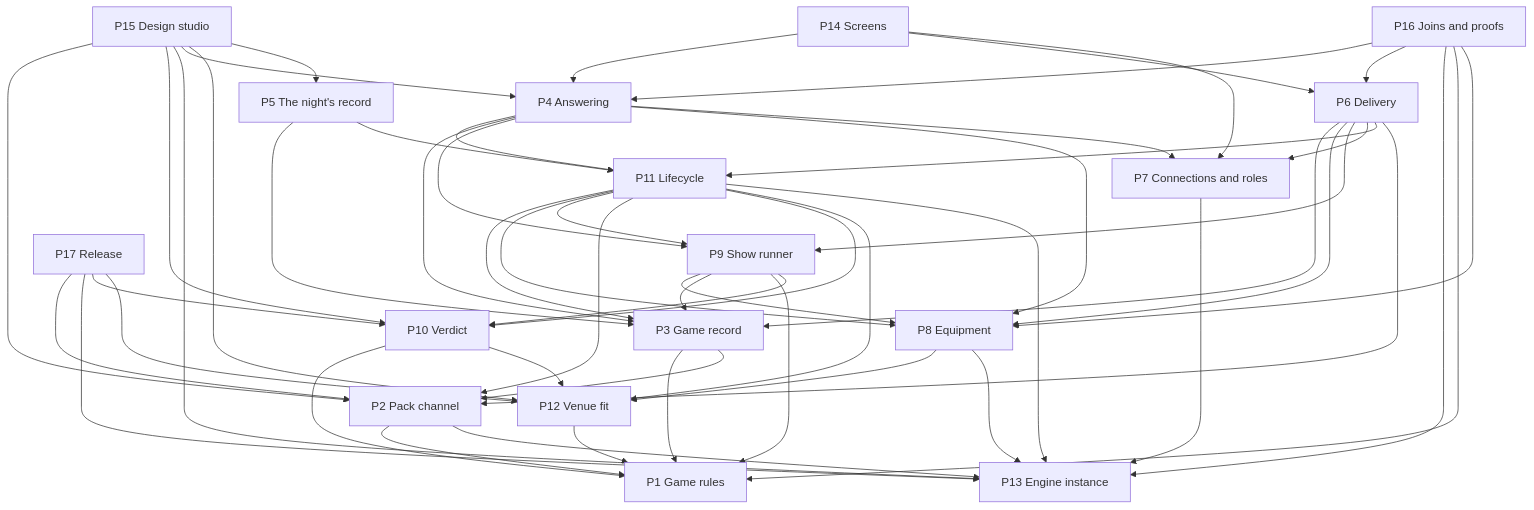
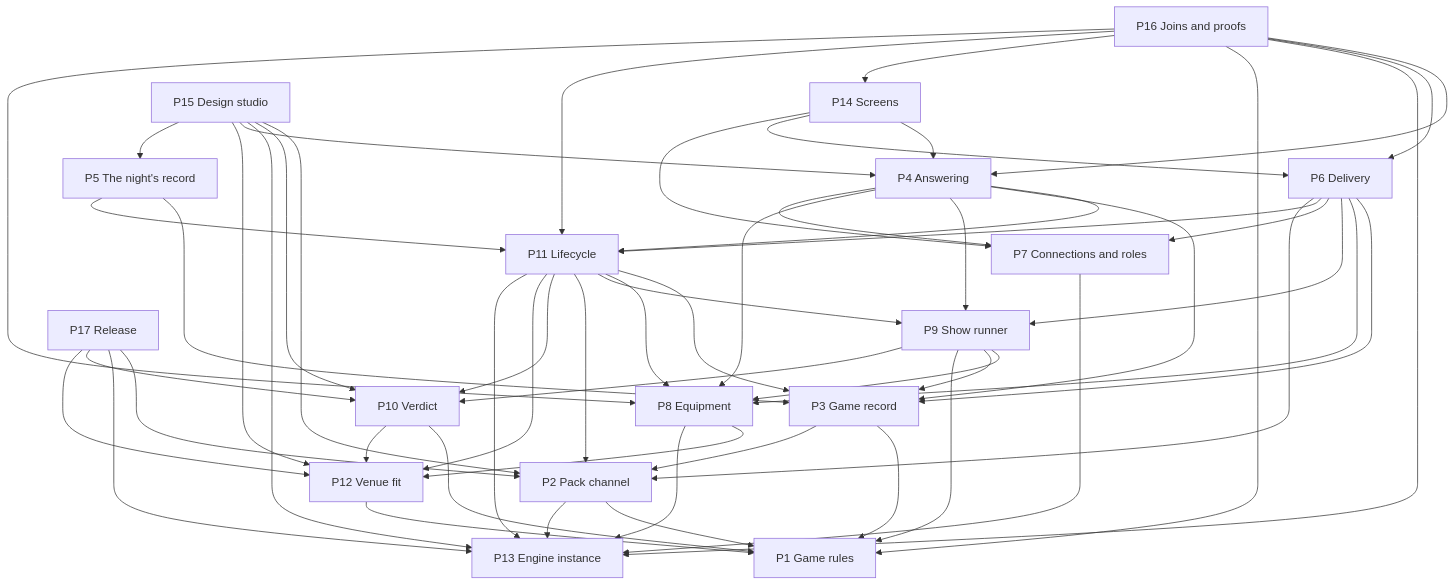
Before and after one commit to maxepunk/ALN-Ecosystem: the second of 3 diagrams in docs/plans/architecture-pass/2026-11-01-engine-shape.md, drawn with Mermaid. The commit also changed other lines of this file and 6 other files, not shown here.

First line of the commit message:
docs(architecture-pass): apply the page check of the jobs and cards (30 rows); the at-a-glance diagram uses the job titles and fits the page [skip ci]

````diff
--- a/docs/plans/architecture-pass/2026-11-01-engine-shape.md
+++ b/docs/plans/architecture-pass/2026-11-01-engine-shape.md
@@ -219,72 +219,74 @@
 ```mermaid
 flowchart TD
   P1["P1 Game rules"]
   P2["P2 Pack channel"]
   P3["P3 Game record"]
   P4["P4 Answering"]
   P5["P5 The night's record"]
   P6["P6 Delivery"]
   P7["P7 Connections and roles"]
   P8["P8 Equipment"]
   P9["P9 Show runner"]
   P10["P10 Verdict"]
   P11["P11 Lifecycle"]
   P12["P12 Venue fit"]
   P13["P13 Engine instance"]
   P14["P14 Screens"]
   P15["P15 Design studio"]
   P16["P16 Joins and proofs"]
   P17["P17 Release"]
   P12 --> P1
   P2 --> P1
   P2 --> P13
   P10 --> P1
   P10 --> P12
   P7 --> P13
   P8 --> P12
   P8 --> P13
   P3 --> P1
   P3 --> P2
   P9 --> P8
   P9 --> P3
   P9 --> P1
   P9 --> P10
   P11 --> P3
   P11 --> P8
   P11 --> P9
   P11 --> P2
   P11 --> P10
   P11 --> P12
   P11 --> P13
   P4 --> P11
   P4 --> P3
   P4 --> P9
   P4 --> P8
   P4 --> P7
   P6 --> P3
   P6 --> P8
   P6 --> P9
   P6 --> P7
   P6 --> P11
   P6 --> P2
   P5 --> P3
   P5 --> P11
   P14 --> P4
   P14 --> P6
   P14 --> P7
   P15 --> P2
   P15 --> P10
   P15 --> P13
   P15 --> P4
   P15 --> P12
   P15 --> P5
   P16 --> P4
   P16 --> P6
   P16 --> P13
   P16 --> P1
+  P16 --> P14
+  P16 --> P11
   P16 --> P8
   P17 --> P2
   P17 --> P13
   P17 --> P10
   P17 --> P12
 ```
````
